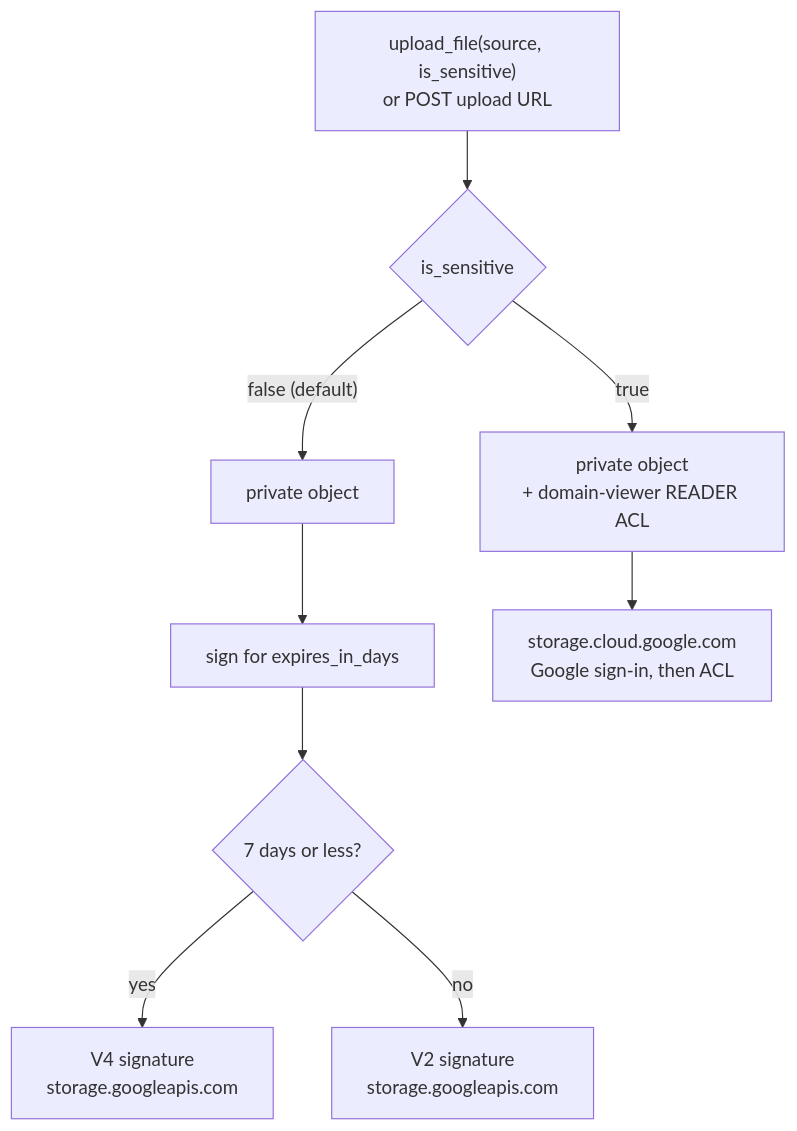
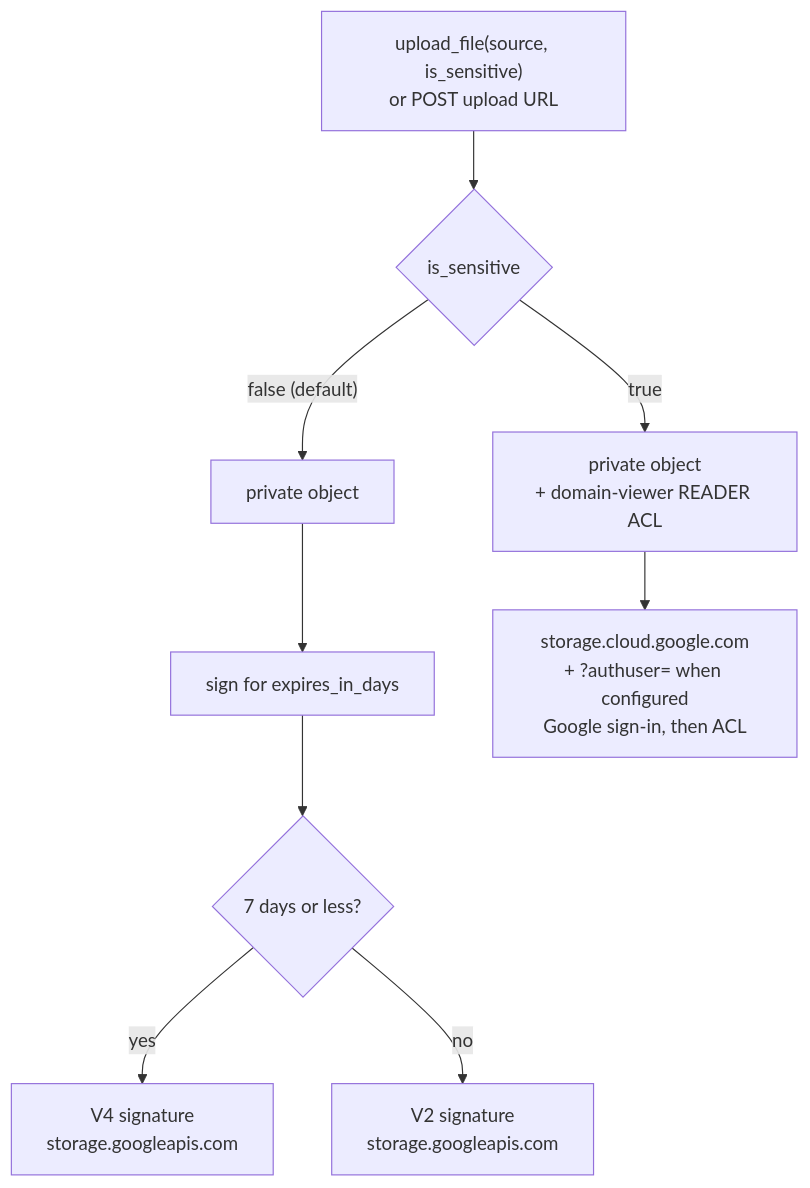
The diagram in docs/src/content/docs/servers/artifact-store.md (tadasant/strad), drawn with Mermaid before and after one commit. The commit also changed other lines of this file and 16 other files, not shown here.

````diff
--- a/docs/src/content/docs/servers/artifact-store.md
+++ b/docs/src/content/docs/servers/artifact-store.md
@@ -38,10 +70,10 @@
 ```mermaid
 flowchart TD
   U["upload_file(source, is_sensitive)<br/>or POST upload URL"] --> S{is_sensitive}
   S -- "false (default)" --> P[private object] --> SIG["sign for expires_in_days"]
   SIG --> V4{"7 days or less?"}
   V4 -- yes --> A["V4 signature<br/>storage.googleapis.com"]
   V4 -- no --> B["V2 signature<br/>storage.googleapis.com"]
   S -- true --> R["private object<br/>+ domain-viewer READER ACL"]
-  R --> C["storage.cloud.google.com<br/>Google sign-in, then ACL"]
+  R --> C["storage.cloud.google.com<br/>+ ?authuser= when configured<br/>Google sign-in, then ACL"]
 ```
````
